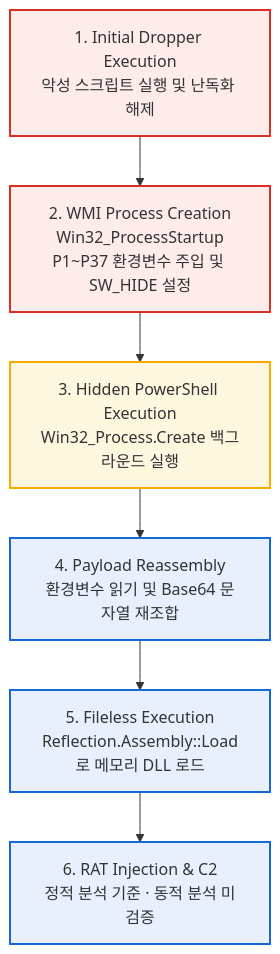
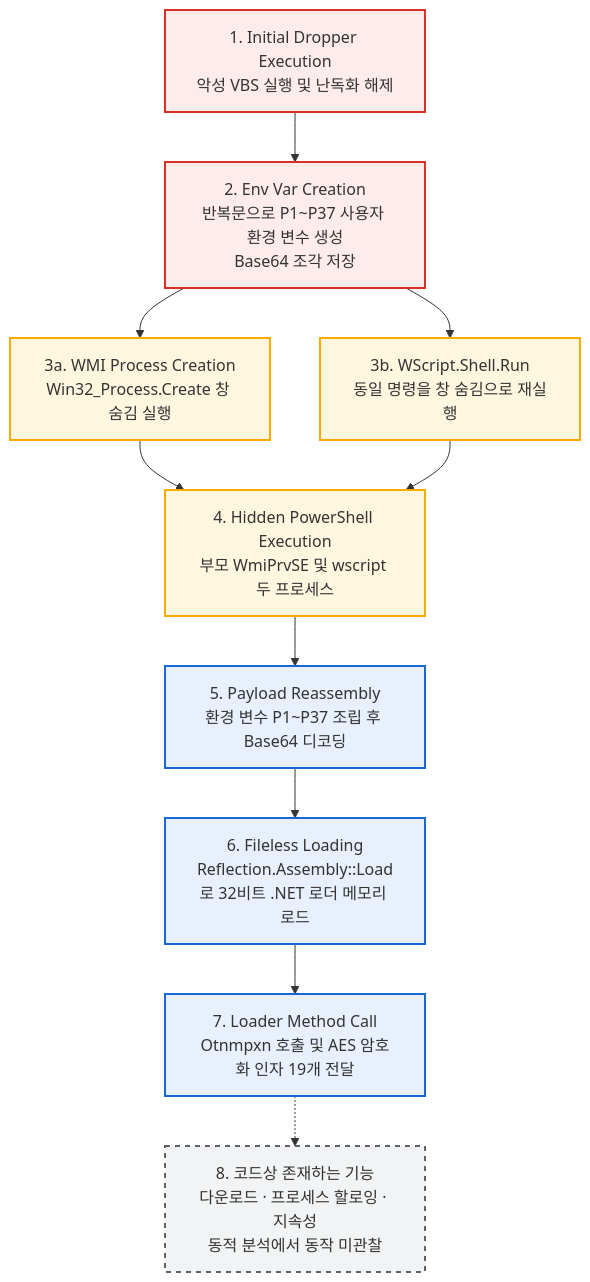
Before and after one commit to poatanson/Remcos-RAT-analysis-report: the diagram in README.md, drawn with Mermaid. The commit also changed other lines of this file, not shown here.

````diff
--- a/README.md
+++ b/README.md
@@ -24,15 +24,22 @@
 ```mermaid
 flowchart TD
-    A[1. Initial Dropper Execution\n악성 스크립트 실행 및 난독화 해제] --> B[2. WMI Process Creation\nWin32_ProcessStartup\nP1~P37 환경변수 주입 및 SW_HIDE 설정]
-    B --> C[3. Hidden PowerShell Execution\nWin32_Process.Create 백그라운드 실행]
-    C --> D[4. Payload Reassembly\n환경변수 읽기 및 Base64 문자열 재조합]
-    D --> E[5. Fileless Execution\nReflection.Assembly::Load로 메모리 DLL 로드]
-    E --> F[6. RAT Injection & C2\n정적 분석 기준 · 동적 분석 미검증]
+    A[1. Initial Dropper Execution\n악성 VBS 실행 및 난독화 해제] --> B[2. Env Var Creation\n반복문으로 P1~P37 사용자 환경 변수 생성\nBase64 조각 저장]
+    B --> C1[3a. WMI Process Creation\nWin32_Process.Create 창 숨김 실행]
+    B --> C2[3b. WScript.Shell.Run\n동일 명령을 창 숨김으로 재실행]
+    C1 --> D[4. Hidden PowerShell Execution\n부모 WmiPrvSE 및 wscript 두 프로세스]
+    C2 --> D
+    D --> E[5. Payload Reassembly\n환경 변수 P1~P37 조립 후 Base64 디코딩]
+    E --> F[6. Fileless Loading\nReflection.Assembly::Load로 32비트 .NET 로더 메모리 로드]
+    F --> G[7. Loader Method Call\nOtnmpxn 호출 및 AES 암호화 인자 19개 전달]
+    G -.-> H[8. 코드상 존재하는 기능\n다운로드 · 프로세스 할로잉 · 지속성\n동적 분석에서 동작 미관찰]
 
     style A fill:#fdecea,stroke:#d93025,stroke-width:2px
     style B fill:#fdecea,stroke:#d93025,stroke-width:2px
-    style C fill:#fef7e0,stroke:#f9ab00,stroke-width:2px
-    style D fill:#e8f0fe,stroke:#1967d2,stroke-width:2px
+    style C1 fill:#fef7e0,stroke:#f9ab00,stroke-width:2px
+    style C2 fill:#fef7e0,stroke:#f9ab00,stroke-width:2px
+    style D fill:#fef7e0,stroke:#f9ab00,stroke-width:2px
     style E fill:#e8f0fe,stroke:#1967d2,stroke-width:2px
     style F fill:#e8f0fe,stroke:#1967d2,stroke-width:2px
+    style G fill:#e8f0fe,stroke:#1967d2,stroke-width:2px
+    style H fill:#f1f3f4,stroke:#5f6368,stroke-width:2px,stroke-dasharray: 5 5
 ```
````
